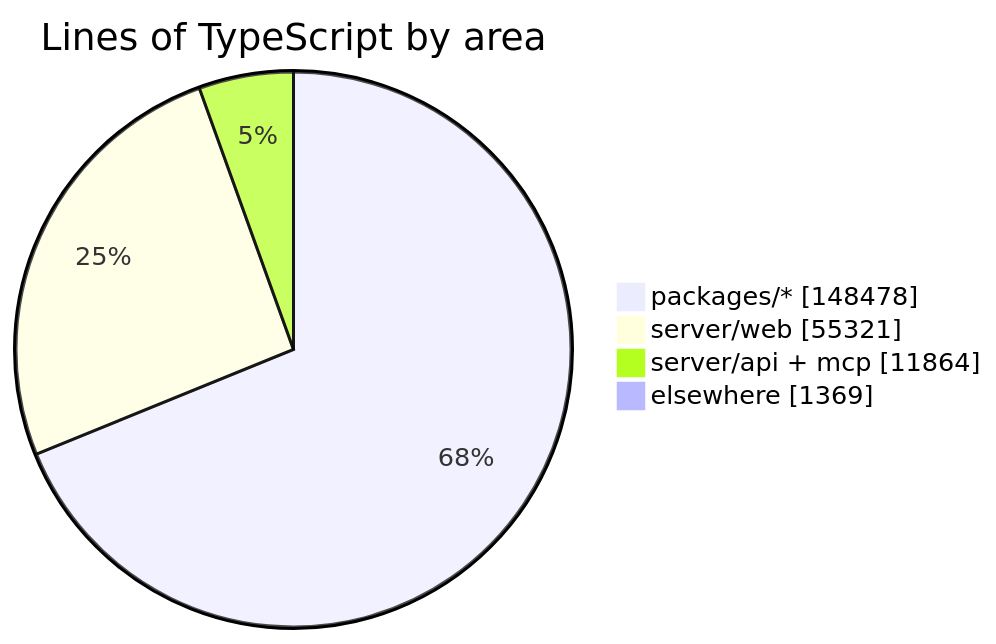
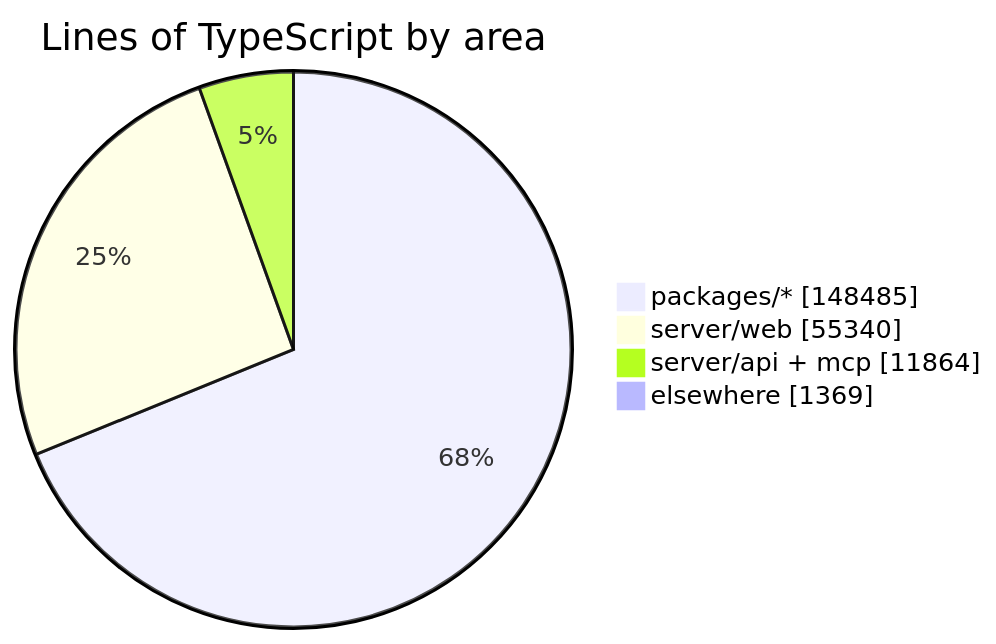
The diagram in README.md (crossworks-engineering/mantle), drawn with Mermaid before and after one commit. The commit also changed other lines of this file and 2 other files, not shown here.

````diff
--- a/README.md
+++ b/README.md
@@ -279,7 +279,7 @@
 ```mermaid
 pie showData title Lines of TypeScript by area
-    "packages/*" : 148478
-    "server/web" : 55321
+    "packages/*" : 148485
+    "server/web" : 55340
     "server/api + mcp" : 11864
     "elsewhere" : 1369
 ```
````
